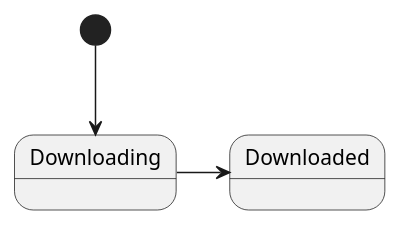
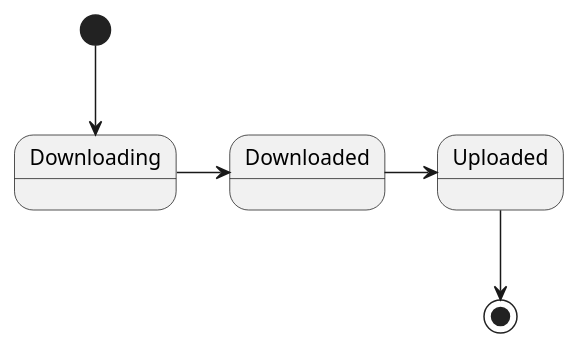
The diagram in _diary/2024-06-21.md (yanghoon/obsidian-workspace), drawn with PlantUML before and after one commit.

Commit message:
vault backup: 2024-06-23 19:27:43

````diff
--- a/_diary/2024-06-21.md
+++ b/_diary/2024-06-21.md
@@ -52,8 +52,10 @@
 ```plantuml
 @startuml
 
 [*] --> Downloading
 Downloading -> Downloaded
+Downloaded -> Uploaded
+Uploaded --> [*]
 
 @enduml
 ```
````
